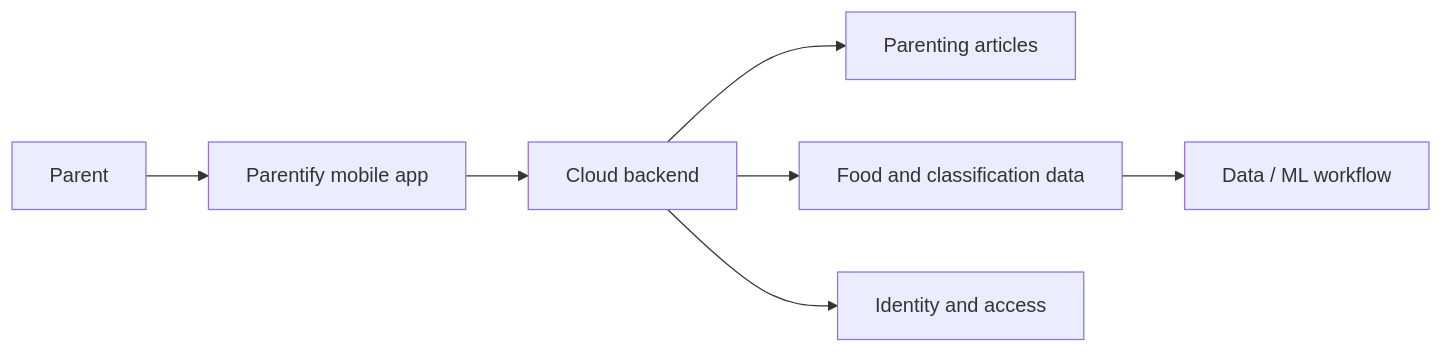
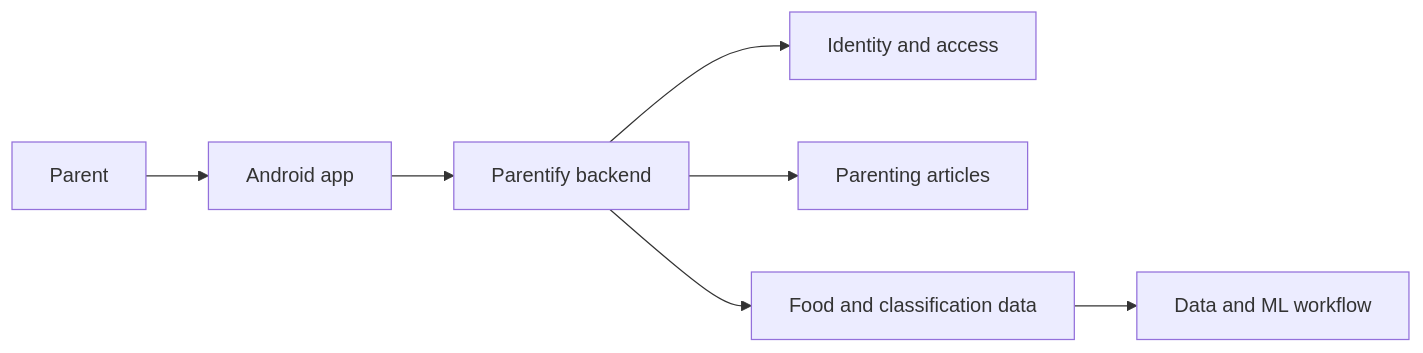
The first of 2 diagrams in frontend/content/projects/parentify.md (farismnrr/portofolio), drawn with Mermaid before and after one commit. The commit also changed other lines of this file, not shown here.

Commit message:
content: make Parentify the Bangkit project source of truth

````diff
--- a/frontend/content/projects/parentify.md
+++ b/frontend/content/projects/parentify.md
@@ -42,9 +38,9 @@
 ```mermaid
 flowchart LR
-    P[Parent] --> M[Parentify mobile app]
-    M --> B[Cloud backend]
-    B --> A[Parenting articles]
-    B --> F[Food and classification data]
-    B --> I[Identity and access]
-    F --> D[Data / ML workflow]
+    U[Parent] --> M[Android app]
+    M --> API[Parentify backend]
+    API --> AUTH[Identity and access]
+    API --> ARTICLE[Parenting articles]
+    API --> FOOD[Food and classification data]
+    FOOD --> ML[Data and ML workflow]
 ```
````
